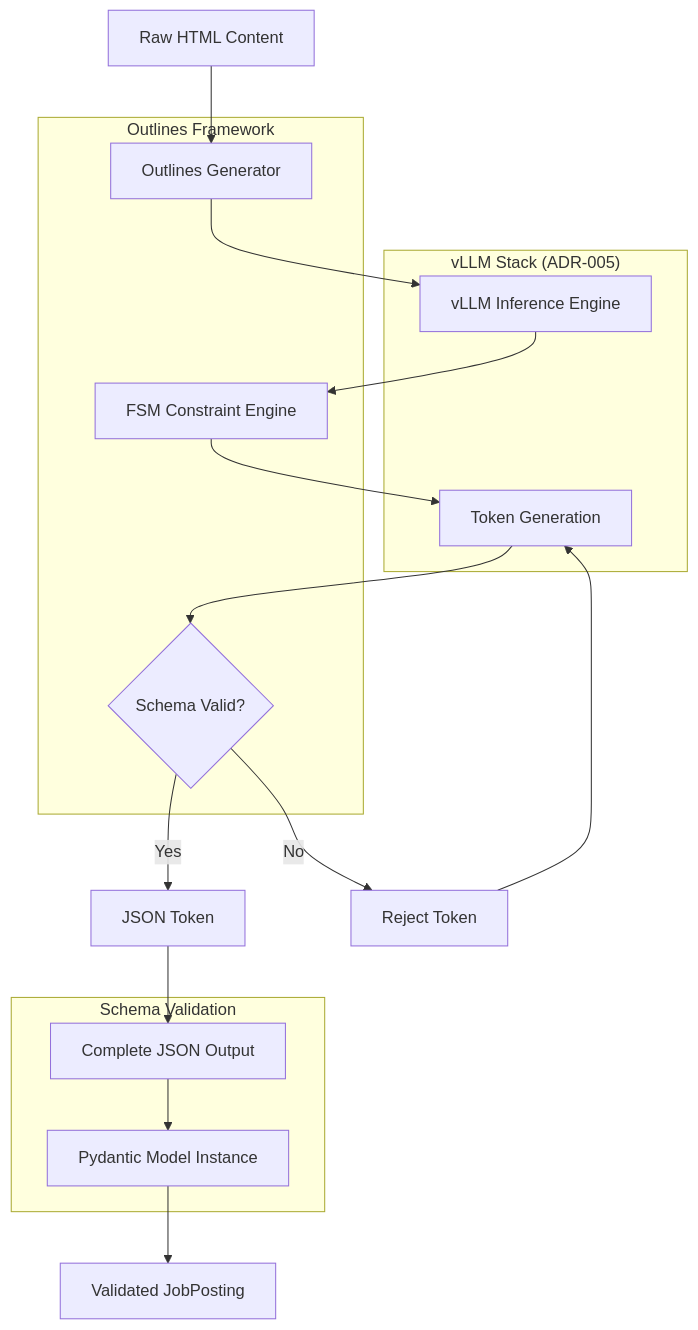
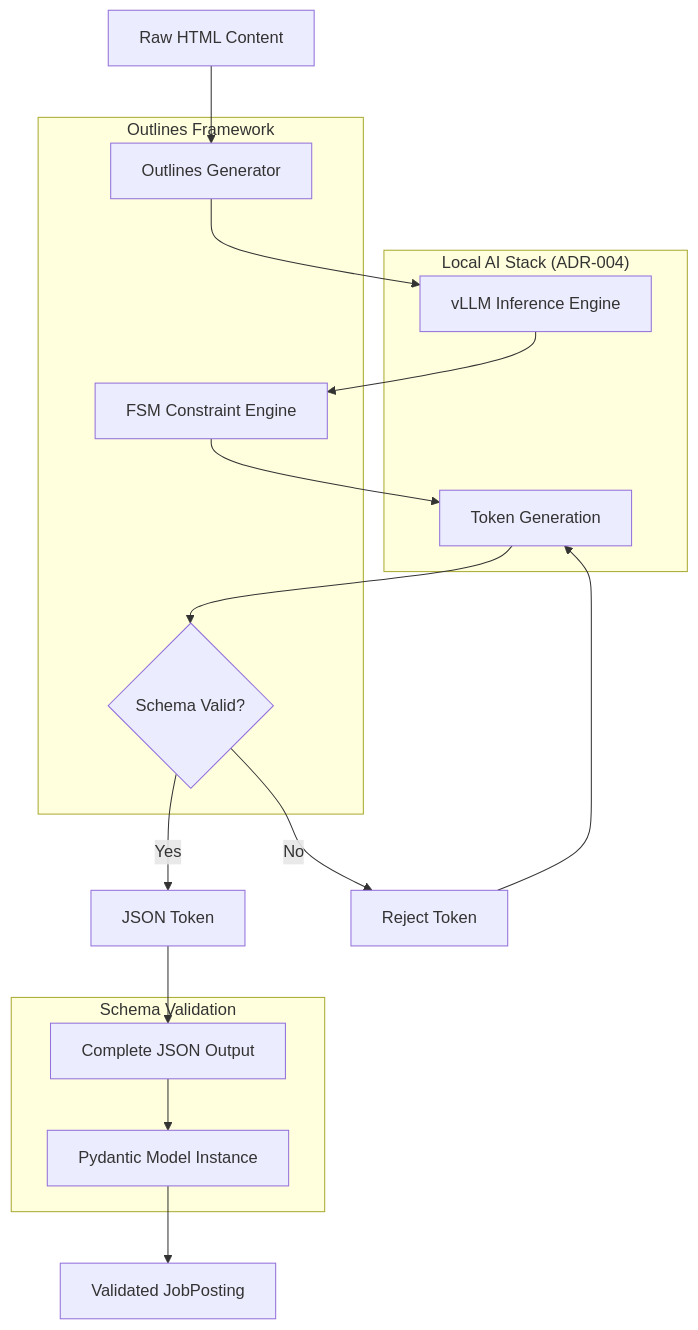
The first of 2 diagrams in docs/adrs/ADR-007-structured-output-strategy.md (BjornMelin/ai-job-scraper), drawn with Mermaid before and after one commit. The commit also changed other lines of this file and 7 other files, not shown here.

First line of the commit message:
docs: consolidate llm adrs by enhancing adr-004 with adr-005 and adr-009 capabilities

````diff
--- a/docs/adrs/ADR-007-structured-output-strategy.md
+++ b/docs/adrs/ADR-007-structured-output-strategy.md
@@ -53,30 +53,30 @@
 ```mermaid
 flowchart TD
     A[Raw HTML Content] --> B[Outlines Generator]
     B --> C[vLLM Inference Engine]
     C --> D[FSM Constraint Engine]
     D --> E[Token Generation]
     E --> F{Schema Valid?}
     F -->|Yes| G[JSON Token]
     F -->|No| H[Reject Token]
     H --> E
     G --> I[Complete JSON Output]
     I --> J[Pydantic Model Instance]
     J --> K[Validated JobPosting]
     
     subgraph "Outlines Framework"
         B
         D
         F
     end
     
-    subgraph "vLLM Stack (ADR-005)"
+    subgraph "Local AI Stack (ADR-004)"
         C
         E
     end
     
     subgraph "Schema Validation"
         I
         J
     end
 ```
````
